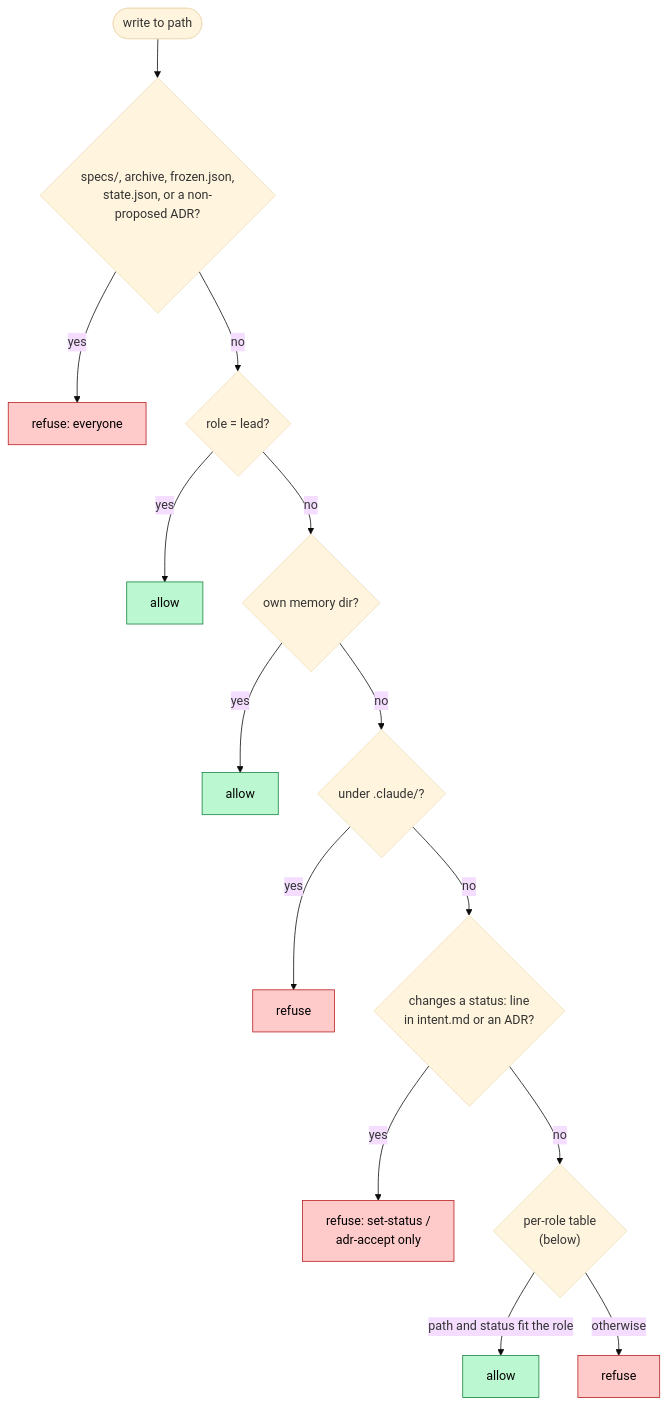
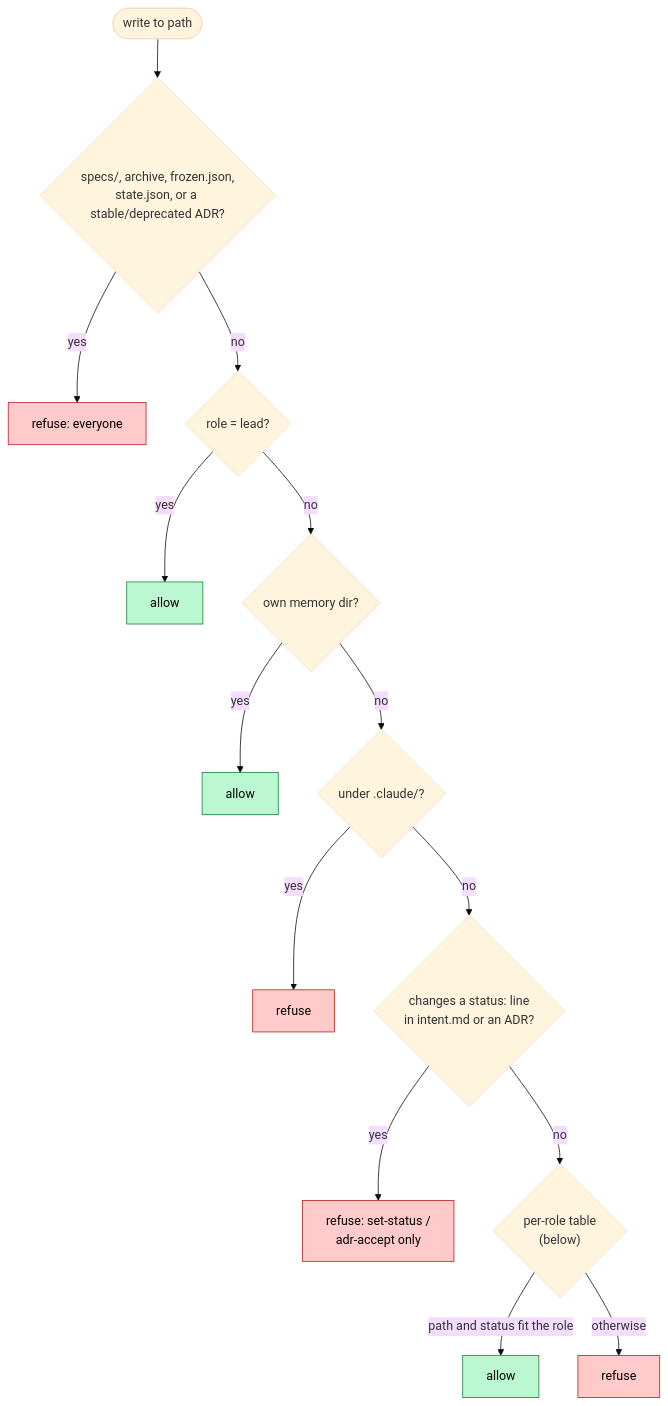
One commit to gpr/claude-plugins changed the diagram in plugins/meta/sdd/docs/reference/guard-rules.md. Above: the diagram before and after it, drawn with Mermaid (base theme). The commit also changed other lines of this file and 52 other files, not shown here.

````diff
--- a/plugins/meta/sdd/docs/reference/guard-rules.md
+++ b/plugins/meta/sdd/docs/reference/guard-rules.md
@@ -37,20 +37,20 @@
 ```mermaid
 flowchart TD
-    W([write to path]) --> P{"specs/, archive, frozen.json,<br/>state.json, or a non-proposed ADR?"}
+    W([write to path]) --> P{"specs/, archive, frozen.json,<br/>state.json, or a stable/deprecated ADR?"}
     P -- yes --> X1[refuse: everyone]
     P -- no --> L{"role = lead?"}
     L -- yes --> A1[allow]
     L -- no --> M{"own memory dir?"}
     M -- yes --> A2[allow]
     M -- no --> C{"under .claude/?"}
     C -- yes --> X2[refuse]
     C -- no --> S{"changes a status: line<br/>in intent.md or an ADR?"}
     S -- yes --> X3["refuse: set-status /<br/>adr-accept only"]
     S -- no --> R{"per-role table<br/>(below)"}
     R -- "path and status fit the role" --> A3[allow]
     R -- otherwise --> X4[refuse]
     classDef ok fill:#bbf7d0,stroke:#15803d,color:#000
     classDef no fill:#fecaca,stroke:#b91c1c,color:#000
     class A1,A2,A3 ok
     class X1,X2,X3,X4 no
 ```
````
